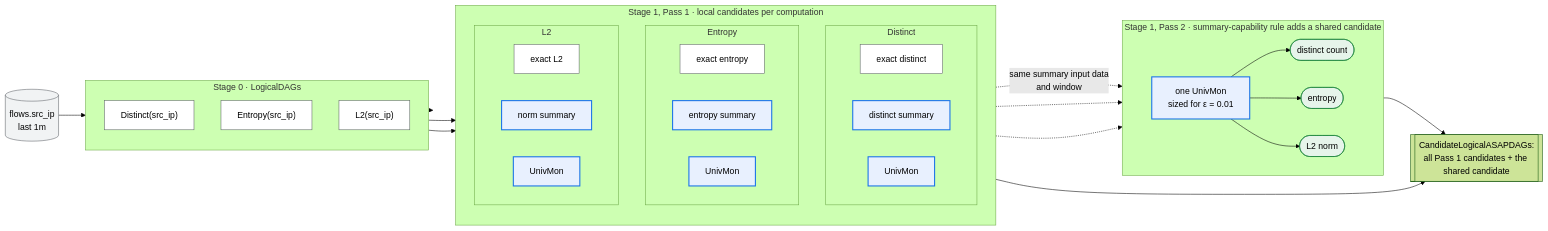
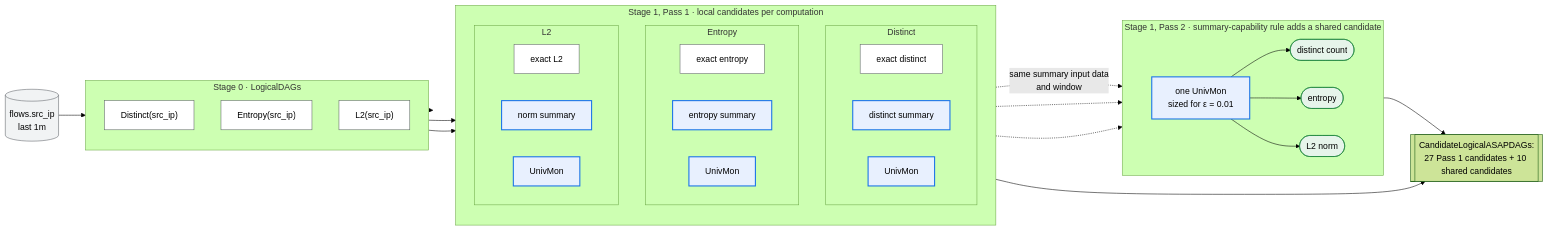
One commit to ProjectASAP/ASAPPlanner changed the fifth of 10 diagrams in docs/design_docs/proposals/planner-layering.md. Above: the diagram before and after it, drawn with Mermaid (forest theme). The commit also changed other lines of this file, not shown here.

````diff
--- a/docs/design_docs/proposals/planner-layering.md
+++ b/docs/design_docs/proposals/planner-layering.md
@@ -620,57 +621,57 @@
 ```mermaid
 flowchart LR
   in[("flows.src_ip<br/>last 1m")]:::data
 
   subgraph P0["Stage 0 · LogicalDAGs"]
     direction TB
     q1["Distinct(src_ip)"]:::exact
     q2["Entropy(src_ip)"]:::exact
     q3["L2(src_ip)"]:::exact
   end
 
   subgraph P1["Stage 1, Pass 1 · local candidates per computation"]
     direction TB
     subgraph D["Distinct"]
       direction LR
       d0["exact distinct"]:::exact
       d1["distinct summary"]:::summary
       d2["UnivMon"]:::summary
     end
     subgraph E["Entropy"]
       direction LR
       e0["exact entropy"]:::exact
       e1["entropy summary"]:::summary
       e2["UnivMon"]:::summary
     end
     subgraph L["L2"]
       direction LR
       l0["exact L2"]:::exact
       l1["norm summary"]:::summary
       l2["UnivMon"]:::summary
     end
   end
 
   subgraph P2["Stage 1, Pass 2 · summary-capability rule adds a shared candidate"]
     direction LR
     u["one UnivMon<br/>sized for ε = 0.01"]:::summary
     u --> rd(["distinct count"]):::estimate
     u --> re(["entropy"]):::estimate
     u --> rl(["L2 norm"]):::estimate
   end
 
   in --> P0
   q1 --> D
   q2 --> E
   q3 --> L
   d2 -. "same summary input data<br/>and window" .-> u
   e2 -.-> u
   l2 -.-> u
 
-  OUT[["CandidateLogicalASAPDAGs:<br/>all Pass 1 candidates + the shared candidate"]]
+  OUT[["CandidateLogicalASAPDAGs:<br/>27 Pass 1 candidates + 10 shared candidates"]]
   P1 --> OUT
   P2 --> OUT
   classDef data fill:#f1f3f4,stroke:#5f6368,color:#000;
   classDef exact fill:#fff,stroke:#5f6368,color:#000;
   classDef summary fill:#e8f0fe,stroke:#1a73e8,stroke-width:2px,color:#000;
   classDef estimate fill:#e6f4ea,stroke:#188038,color:#000;
 ```
````
